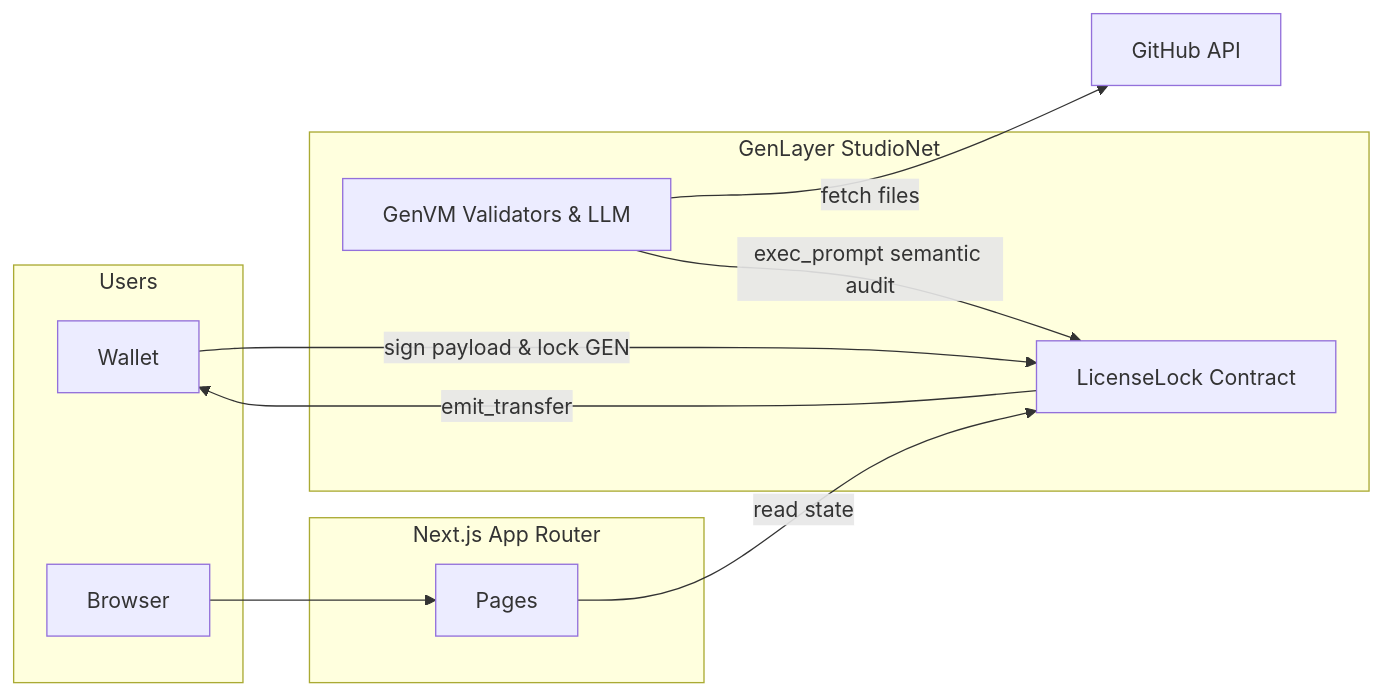
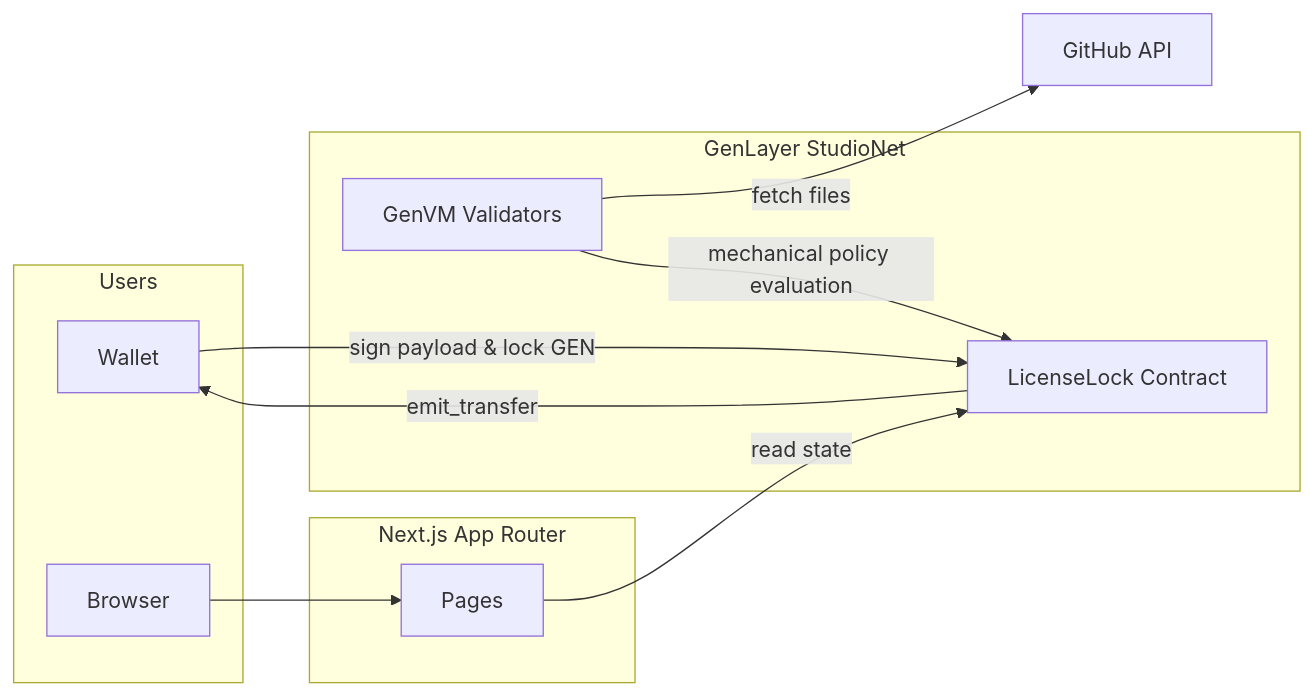
One commit to edwarderlick/LicenseLock changed the first of 2 diagrams in README.md. Above: the diagram before and after it, drawn with Mermaid. The commit also changed other lines of this file and 8 other files, not shown here.

Commit message:
contract: purge SEMANTIC_AUDIT, scope NO_COPYLEFT to manifest license field, redeploy to StudioNet

````diff
--- a/README.md
+++ b/README.md
@@ -68,22 +67,22 @@
 ```mermaid
 flowchart LR
   subgraph clients [Users]
     W[Wallet]
     B[Browser]
   end
   subgraph next [Next.js App Router]
     UI[Pages]
   end
   subgraph gl [GenLayer StudioNet]
     C[LicenseLock Contract]
-    V[GenVM Validators & LLM]
+    V[GenVM Validators]
   end
   GH[GitHub API]
 
   B --> UI
   W -->|sign payload & lock GEN| C
   UI -->|read state| C
   V -->|fetch files| GH
-  V -->|exec_prompt semantic audit| C
+  V -->|mechanical policy evaluation| C
   C -->|emit_transfer| W
 ```
````
